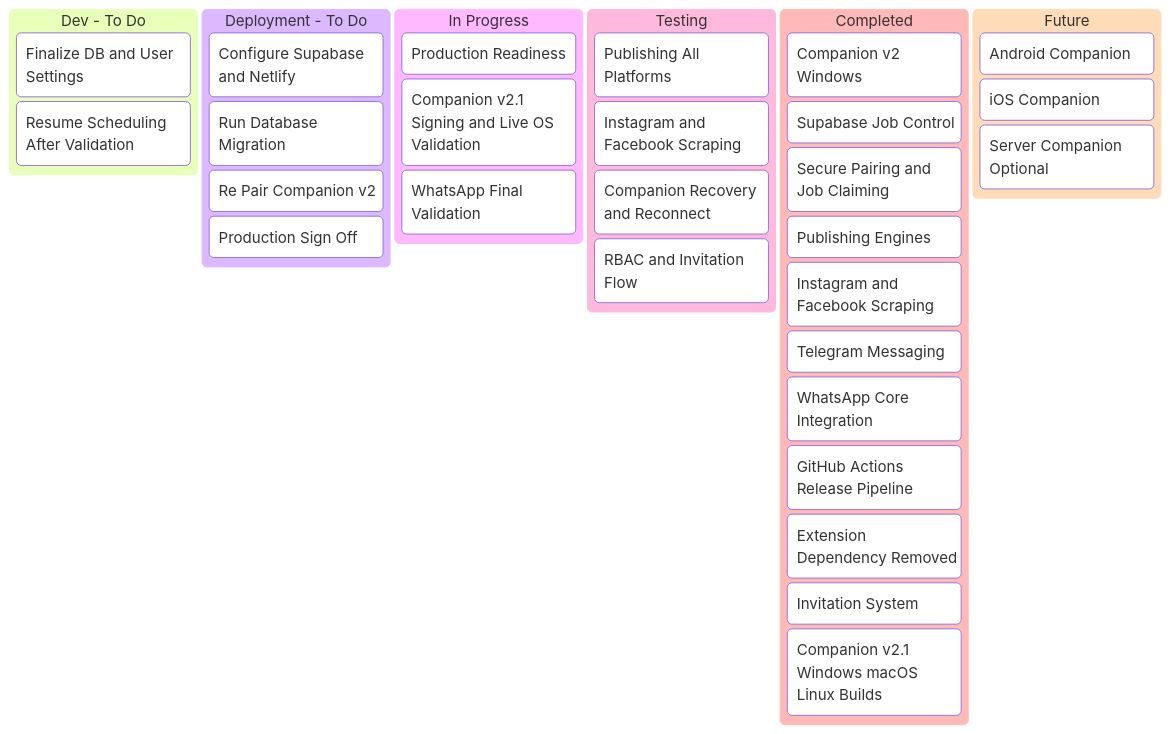
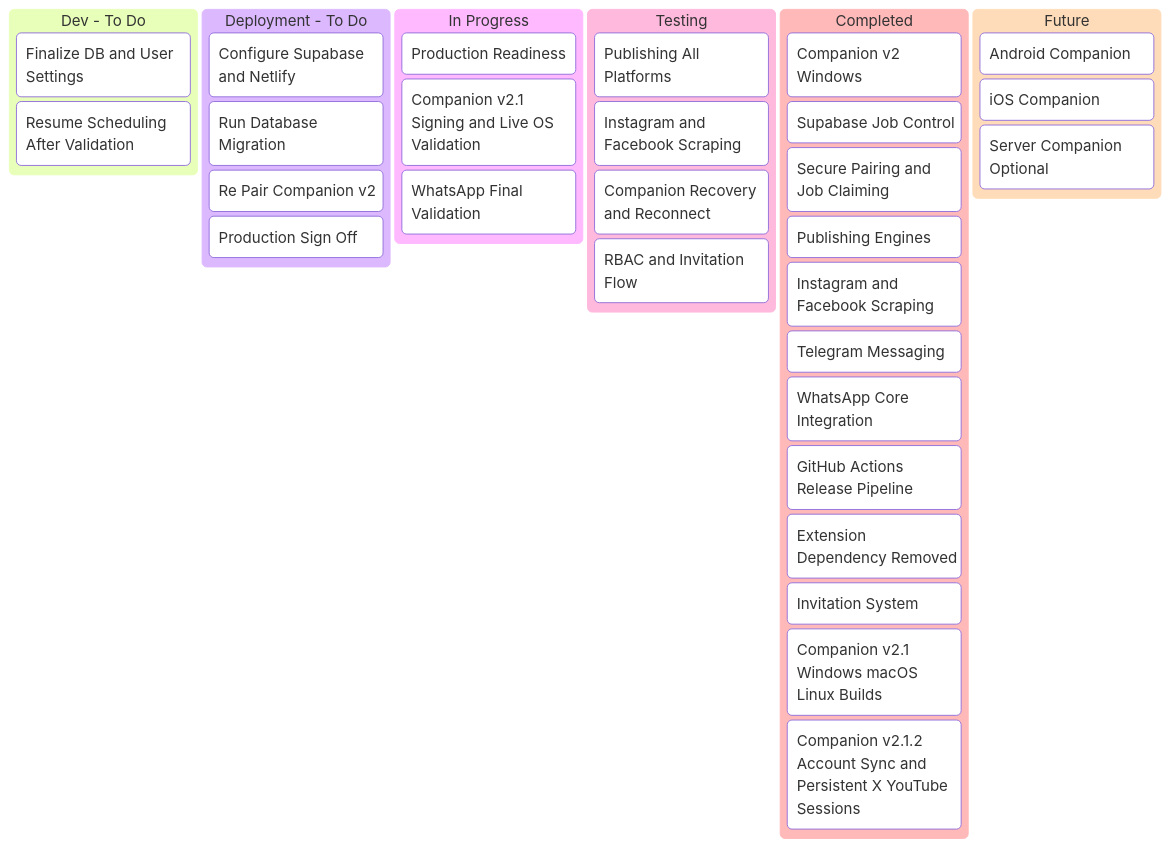
One commit to tinitiateprime/agentic-that changed the first of 2 diagrams in agentic-that-project-tracker.md. Above: the diagram before and after it, drawn with Mermaid. The commit also changed 22 other files, not shown here.

Commit message:
fix: persist external login sessions and sync readiness

````diff
--- a/agentic-that-project-tracker.md
+++ b/agentic-that-project-tracker.md
@@ -5,41 +5,42 @@
 ```mermaid
 kanban
   devTodo[Dev - To Do]
     dev1[Finalize DB and User Settings]
     dev2[Resume Scheduling After Validation]
 
   deploymentTodo[Deployment - To Do]
     dep1[Configure Supabase and Netlify]
     dep2[Run Database Migration]
     dep3[Re Pair Companion v2]
     dep4[Production Sign Off]
 
   inProgress[In Progress]
     prog1[Production Readiness]
     prog2[Companion v2.1 Signing and Live OS Validation]
     prog3[WhatsApp Final Validation]
 
   testing[Testing]
     test1[Publishing All Platforms]
     test2[Instagram and Facebook Scraping]
     test3[Companion Recovery and Reconnect]
     test4[RBAC and Invitation Flow]
 
   completed[Completed]
     done1[Companion v2 Windows]
     done2[Supabase Job Control]
     done3[Secure Pairing and Job Claiming]
     done4[Publishing Engines]
     done5[Instagram and Facebook Scraping]
     done6[Telegram Messaging]
     done7[WhatsApp Core Integration]
     done8[GitHub Actions Release Pipeline]
     done9[Extension Dependency Removed]
     done10[Invitation System]
     done11[Companion v2.1 Windows macOS Linux Builds]
+    done12[Companion v2.1.2 Account Sync and Persistent X YouTube Sessions]
 
   future[Future]
     future1[Android Companion]
     future2[iOS Companion]
     future3[Server Companion Optional]
 ```
````
